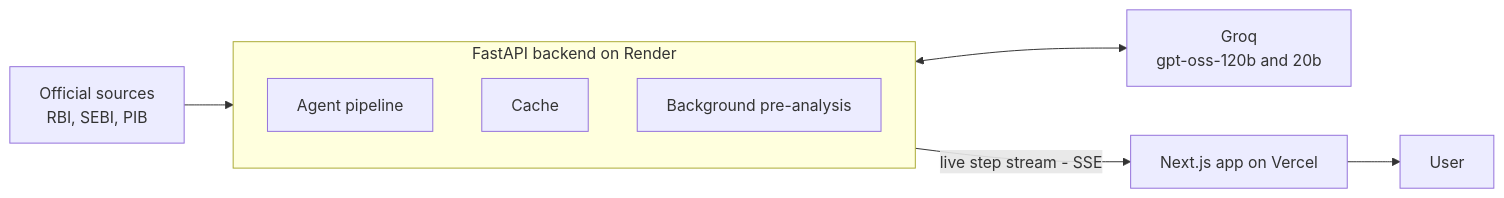
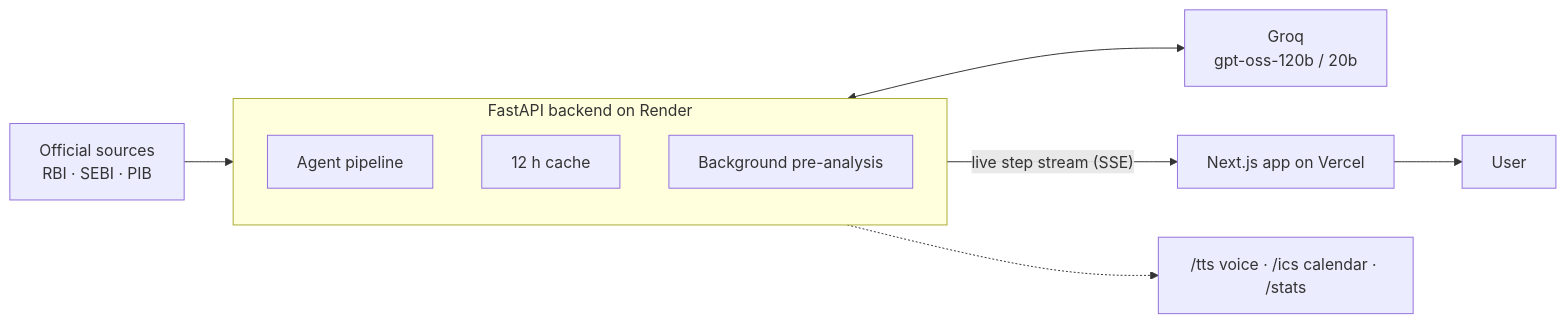
Before and after one commit to akshaykumarkorepu/pramaan: the third of 3 diagrams in README.md, drawn with Mermaid. The commit also changed other lines of this file and 10 other files, not shown here.

Commit message:
docs: final README with diagrams and demo GIFs

````diff
--- a/README.md
+++ b/README.md
@@ -80,12 +122,13 @@
 ```mermaid
 flowchart LR
-    SRC["Official sources<br/>RBI, SEBI, PIB"] --> API
+    SRC["Official sources<br/>RBI · SEBI · PIB"] --> API
     subgraph API["FastAPI backend on Render"]
         P["Agent pipeline"]
-        C["Cache"]
+        C["12 h cache"]
         W["Background pre-analysis"]
     end
-    API <--> G["Groq<br/>gpt-oss-120b and 20b"]
-    API -->|"live step stream - SSE"| FE["Next.js app on Vercel"]
+    API <--> G["Groq<br/>gpt-oss-120b / 20b"]
+    API -->|"live step stream (SSE)"| FE["Next.js app on Vercel"]
     FE --> U["User"]
+    API -.-> E["/tts voice · /ics calendar · /stats"]
 ```
````
